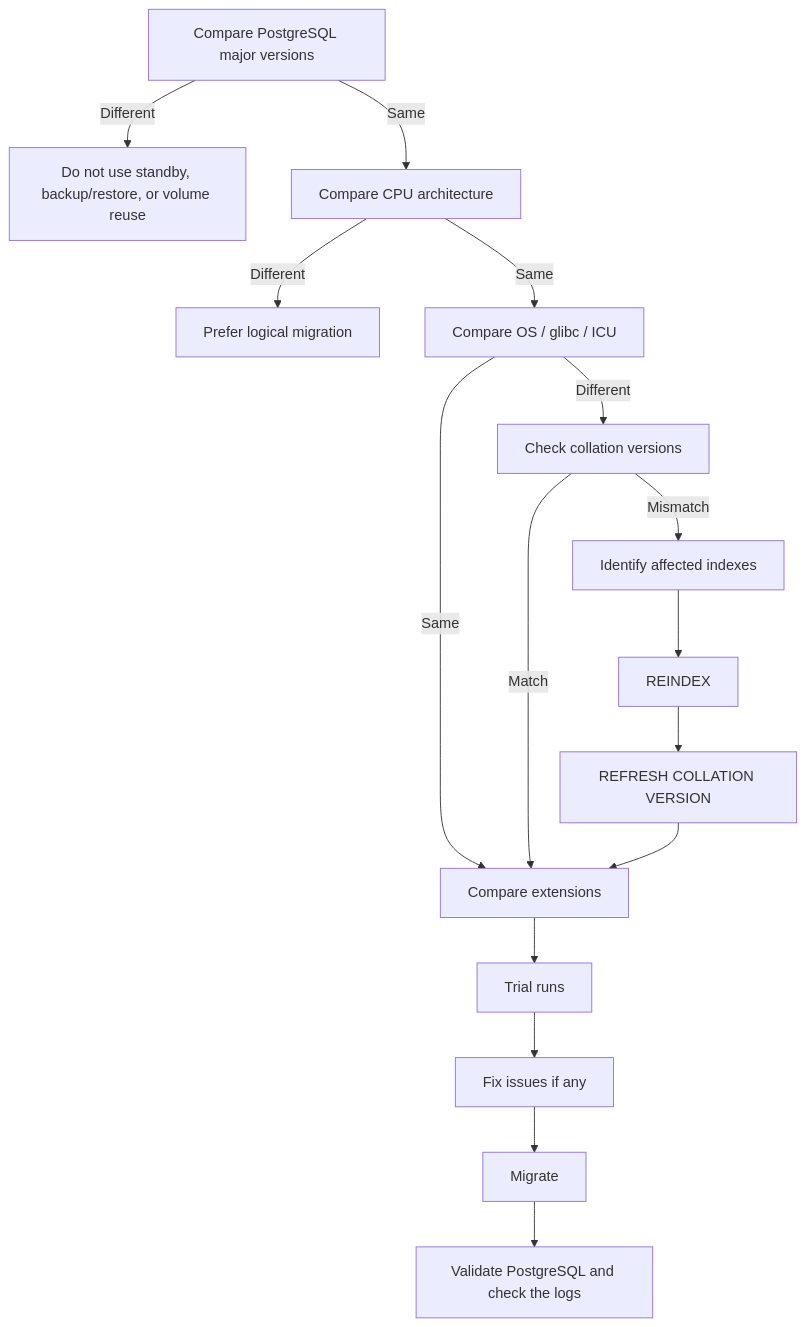
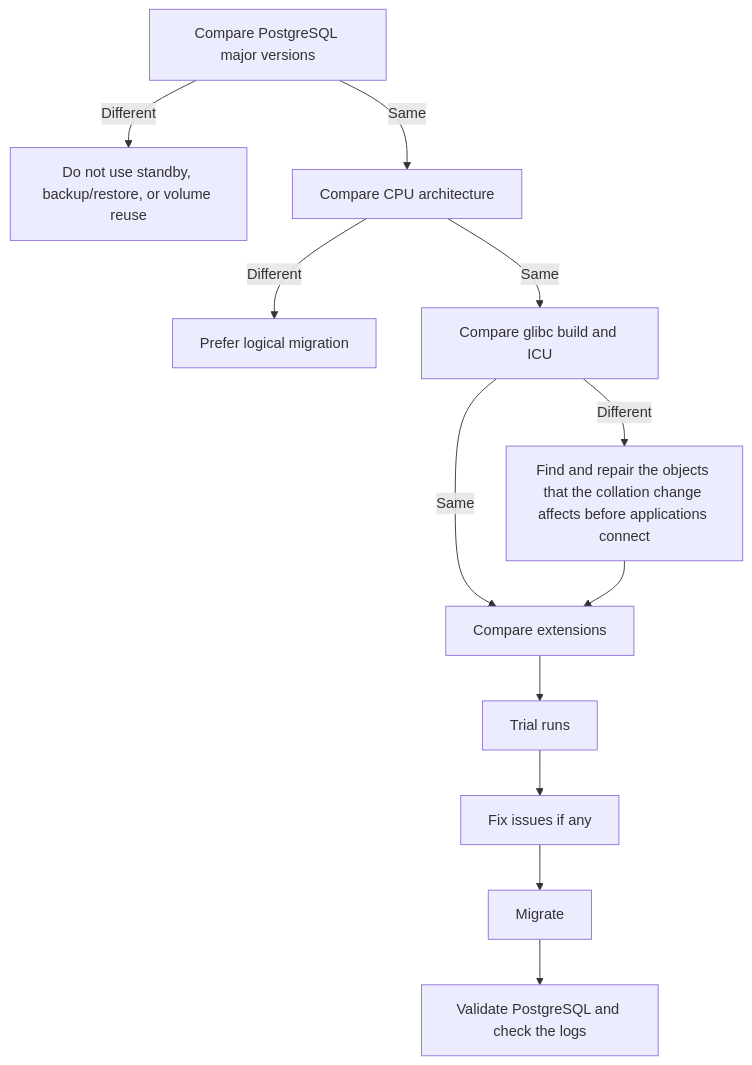
Before and after one commit to percona/k8spg-docs: the diagram in docs/migrate-checklist.md, drawn with Mermaid. The commit also changed other lines of this file and 18 other files, not shown here.

````diff
--- a/docs/migrate-checklist.md
+++ b/docs/migrate-checklist.md
@@ -16,18 +16,14 @@
 ```mermaid
 flowchart TD
     A[Compare PostgreSQL major versions] -->|Different| B[Do not use standby, backup/restore, or volume reuse]
     A -->|Same| C[Compare CPU architecture]
     C -->|Different| D[Prefer logical migration]
-    C -->|Same| E[Compare OS / glibc / ICU]
+    C -->|Same| E[Compare glibc build and ICU]
     E -->|Same| F[Compare extensions]
-    E -->|Different| G[Check collation versions]
-    G -->|Match| F
-    G -->|Mismatch| H[Identify affected indexes]
-    H --> I[REINDEX]
-    I --> J[REFRESH COLLATION VERSION]
-    J --> F
+    E -->|Different| G[Find and repair the objects that the collation change affects before applications connect]
+    G --> F
     F --> K[Trial runs]
     K --> L[Fix issues if any]
     L --> M[Migrate]
     M --> N[Validate PostgreSQL and check the logs]
 ```
````
